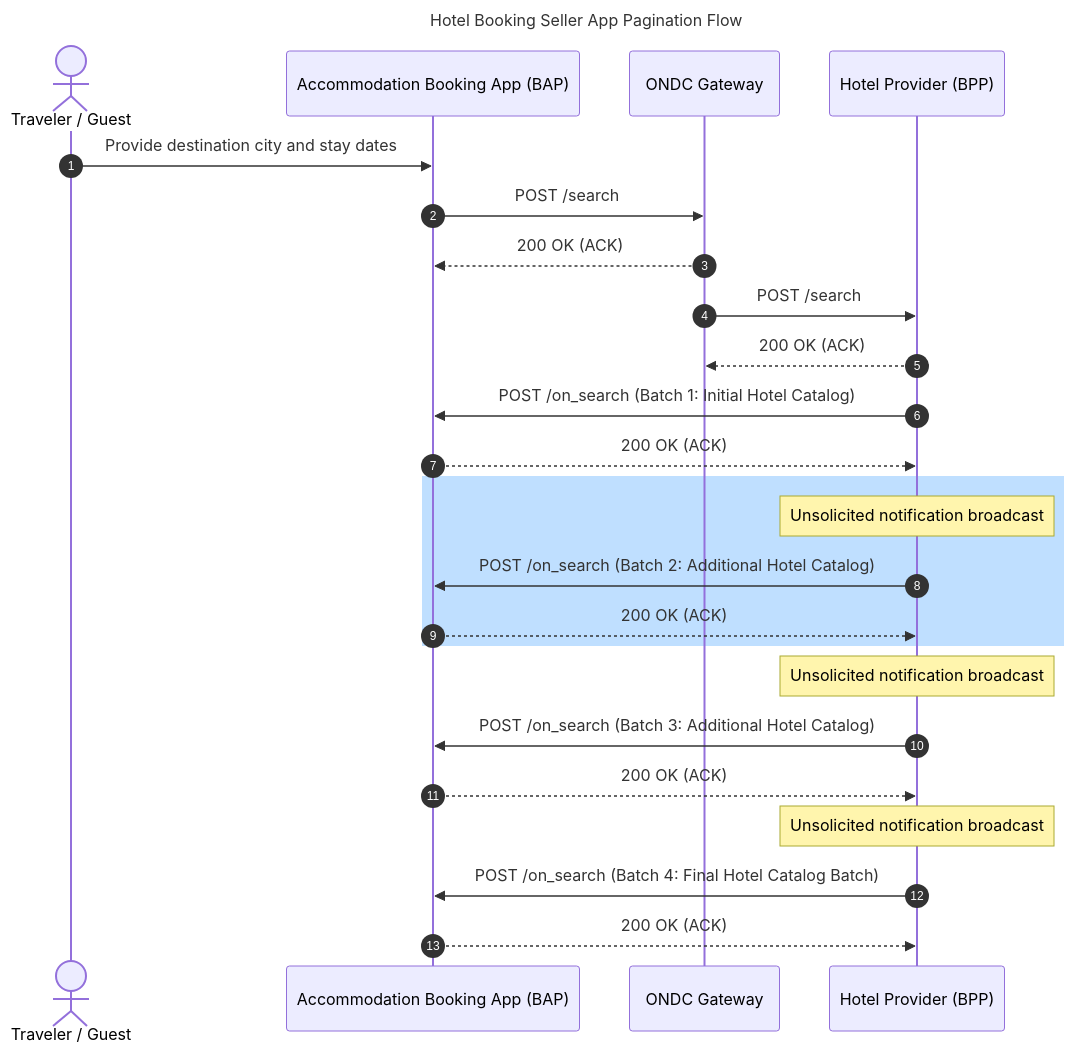
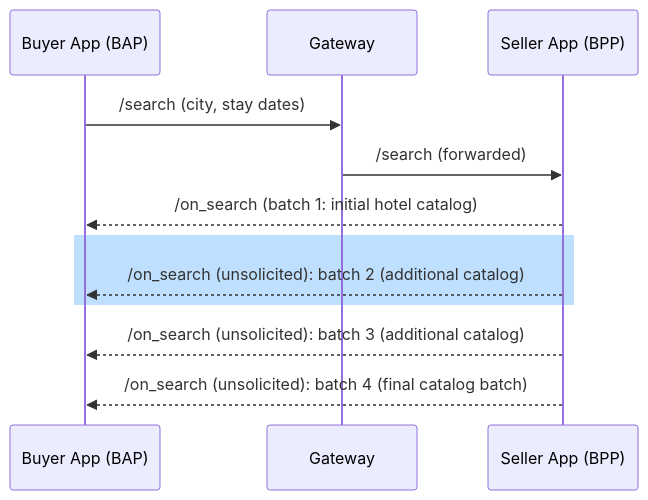
The third of 5 diagrams in config/docs/hotel-booking-seller-app-pagination-flow-sequence-diagrams.md (ONDC-Official/automation-specifications), drawn with Mermaid before and after one commit. The commit also changed other lines of this file and 9 other files, not shown here.

````diff
--- a/config/docs/hotel-booking-seller-app-pagination-flow-sequence-diagrams.md
+++ b/config/docs/hotel-booking-seller-app-pagination-flow-sequence-diagrams.md
@@ -75,28 +46,14 @@
 ```mermaid
 sequenceDiagram
-    title Hotel Booking Seller App Pagination Flow
-    autonumber
-    actor User as Traveler / Guest
-    participant BAP as Accommodation Booking App (BAP)
-    participant BG as ONDC Gateway
-    participant BPP as Hotel Provider (BPP)
-
-    User->>BAP: Provide destination city and stay dates
-    BAP->>BG: POST /search
-    BG-->>BAP: 200 OK (ACK)
-    BG->>BPP: POST /search
-    BPP-->>BG: 200 OK (ACK)
-    BPP->>BAP: POST /on_search (Batch 1: Initial Hotel Catalog)
-    BAP-->>BPP: 200 OK (ACK)
-    rect rgb(191, 223, 255)
-    Note over BPP: Unsolicited notification broadcast
-    BPP->>BAP: POST /on_search (Batch 2: Additional Hotel Catalog)
-    BAP-->>BPP: 200 OK (ACK)
-    end
-    Note over BPP: Unsolicited notification broadcast
-    BPP->>BAP: POST /on_search (Batch 3: Additional Hotel Catalog)
-    BAP-->>BPP: 200 OK (ACK)
-    Note over BPP: Unsolicited notification broadcast
-    BPP->>BAP: POST /on_search (Batch 4: Final Hotel Catalog Batch)
-    BAP-->>BPP: 200 OK (ACK)
+  participant Buyer App (BAP)
+  participant Gateway
+  participant Seller App (BPP)
+  Buyer App (BAP)->>Gateway: /search (city, stay dates)
+  Gateway->>Seller App (BPP): /search (forwarded)
+  Seller App (BPP)-->>Buyer App (BAP): /on_search (batch 1: initial hotel catalog)
+  rect rgb(191, 223, 255)
+  Seller App (BPP)-->>Buyer App (BAP): /on_search (unsolicited): batch 2 (additional catalog)
+  end
+  Seller App (BPP)-->>Buyer App (BAP): /on_search (unsolicited): batch 3 (additional catalog)
+  Seller App (BPP)-->>Buyer App (BAP): /on_search (unsolicited): batch 4 (final catalog batch)
 ```
````
